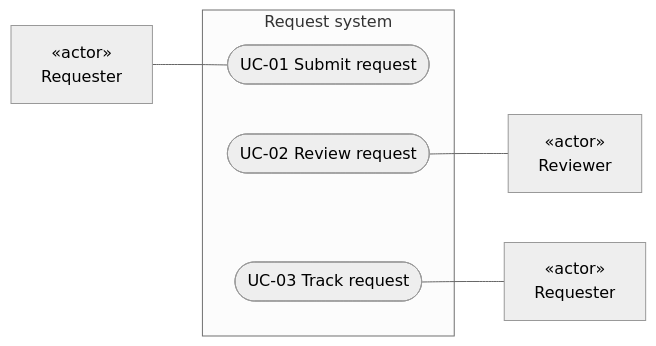
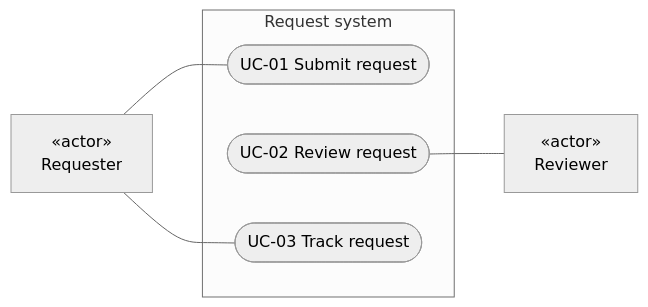
One commit to NhiBuaa/agentic-repo-kit changed the first of 3 diagrams in templates/use-case-modeling.md. Above: the diagram before and after it, drawn with Mermaid (neutral theme). The commit also changed other lines of this file and 7 other files, not shown here.

````diff
--- a/templates/use-case-modeling.md
+++ b/templates/use-case-modeling.md
@@ -71,14 +74,14 @@
 ```mermaid
+%%{init: {"flowchart": {"useMaxWidth": false}}}%%
 flowchart LR
-    requester__submission["«actor»<br/>Requester"]
+    requester["«actor»<br/>Requester"]
     subgraph system["Request system"]
         UC01(["UC-01 Submit request"])
         UC02(["UC-02 Review request"])
         UC03(["UC-03 Track request"])
     end
     reviewer["«actor»<br/>Reviewer"]
-    requester__tracking["«actor»<br/>Requester"]
-    requester__submission --- UC01
+    requester --- UC01
+    requester --- UC03
     UC02 --- reviewer
-    UC03 --- requester__tracking
 ```
````
